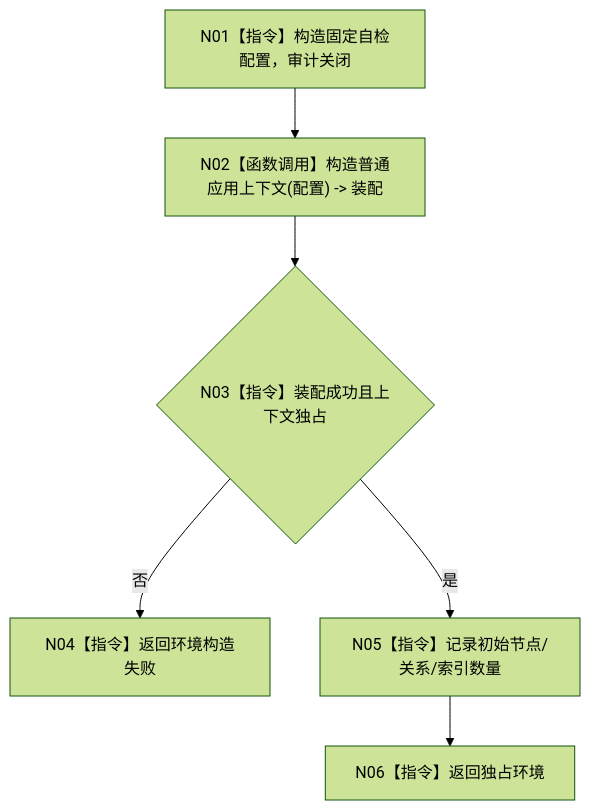
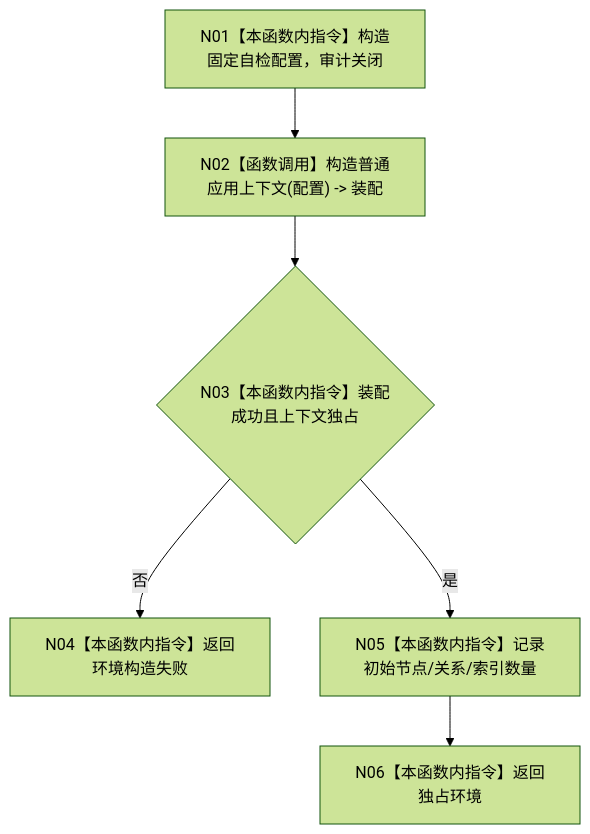
The diagram in 流程图/20260726_ENTRY-ONLY_F18_构造入口初始化自检环境_施工流程图_v0.1.md (chunhaizh-cyber/HY-Ego), drawn with Mermaid (forest theme) before and after one commit. The commit also changed other lines of this file and 88 other files, not shown here.

````diff
--- a/流程图/20260726_ENTRY-ONLY_F18_构造入口初始化自检环境_施工流程图_v0.1.md
+++ b/流程图/20260726_ENTRY-ONLY_F18_构造入口初始化自检环境_施工流程图_v0.1.md
@@ -8,8 +28,8 @@
 ```mermaid
 flowchart TD
-    N01["N01【指令】构造固定自检配置，审计关闭"] --> N02["N02【函数调用】构造普通应用上下文(配置) -> 装配"]
-    N02 --> N03{"N03【指令】装配成功且上下文独占"}
-    N03 -- "否" --> N04["N04【指令】返回环境构造失败"]
-    N03 -- "是" --> N05["N05【指令】记录初始节点/关系/索引数量"]
-    N05 --> N06["N06【指令】返回独占环境"]
+    N01["N01【本函数内指令】构造固定自检配置，审计关闭"] --> N02["N02【函数调用】构造普通应用上下文(配置) -> 装配"]
+    N02 --> N03{"N03【本函数内指令】装配成功且上下文独占"}
+    N03 -- "否" --> N04["N04【本函数内指令】返回环境构造失败"]
+    N03 -- "是" --> N05["N05【本函数内指令】记录初始节点/关系/索引数量"]
+    N05 --> N06["N06【本函数内指令】返回独占环境"]
 ```
````
